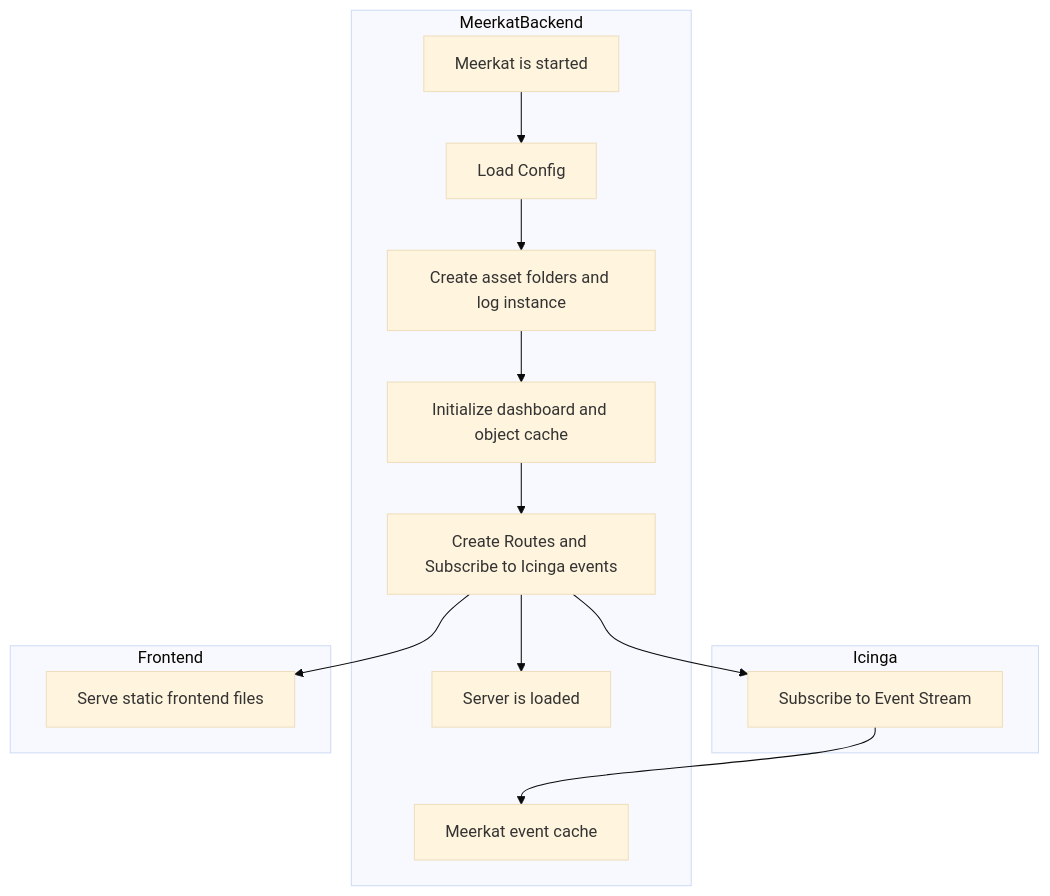
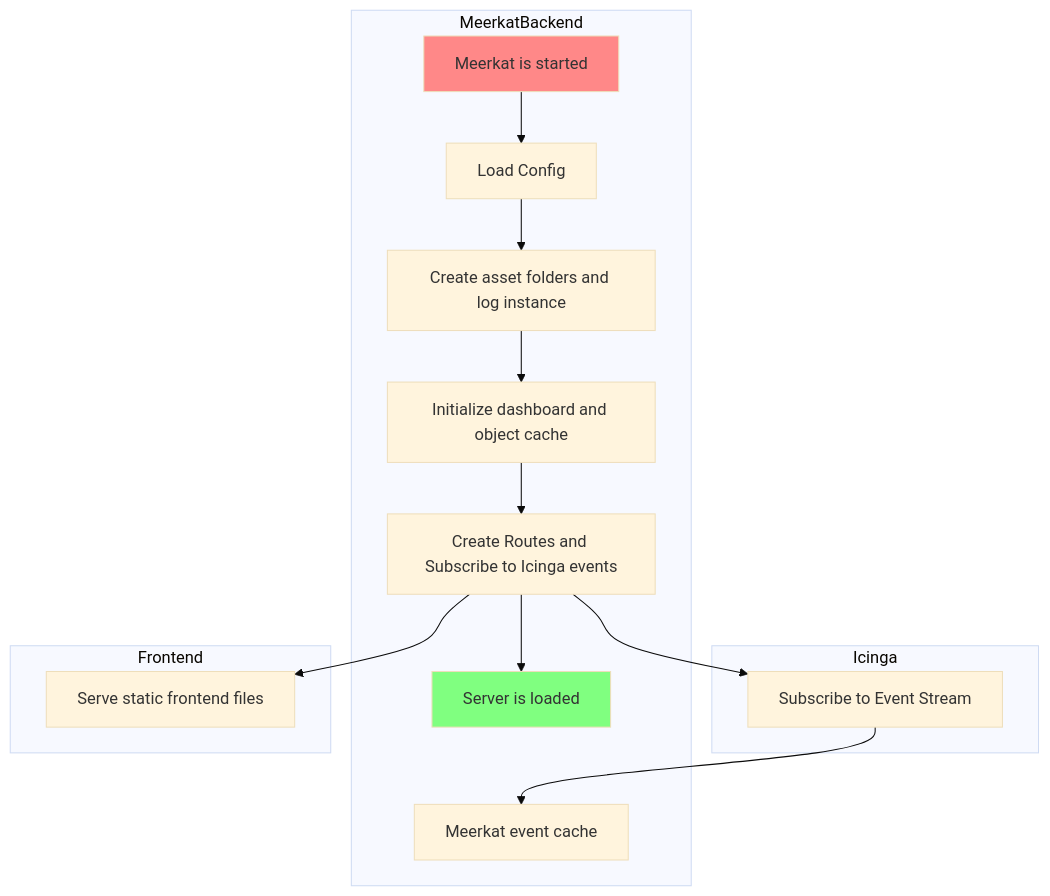
Before and after one commit to meerkat-dashboard/meerkat: the first of 2 diagrams in docs/dev/meerkat.md, drawn with Mermaid (base theme).

````diff
--- a/docs/dev/meerkat.md
+++ b/docs/dev/meerkat.md
@@ -3,27 +3,29 @@
 ```mermaid
 flowchart TB
     subgraph Icinga
         ic_checkresults[Subscribe to Event Stream]
     end
     subgraph MeerkatBackend
         mb_started[Meerkat is started]
         mb_config[Load Config]
         mb_assetsandlogging[Create asset folders and log instance]
         mb_dashbaordsandcache[Initialize dashboard and object cache]
         mb_routesandevents[Create Routes and Subscribe to Icinga events]
         mb_loaded[Server is loaded]
         mb_eventcache[Meerkat event cache]
+        style mb_loaded fill:#80ff80
+        style mb_started fill:#ff8888
     end
     subgraph Frontend
         fe_staticwww[Serve static frontend files]
     end
     
     mb_started --> mb_config
     mb_config --> mb_assetsandlogging
     mb_assetsandlogging --> mb_dashbaordsandcache
     mb_dashbaordsandcache --> mb_routesandevents
     mb_routesandevents --> mb_loaded
     mb_routesandevents --> fe_staticwww
     mb_routesandevents --> ic_checkresults
     ic_checkresults --> mb_eventcache
 ```
````
